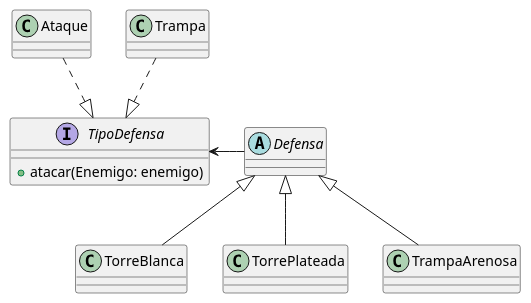
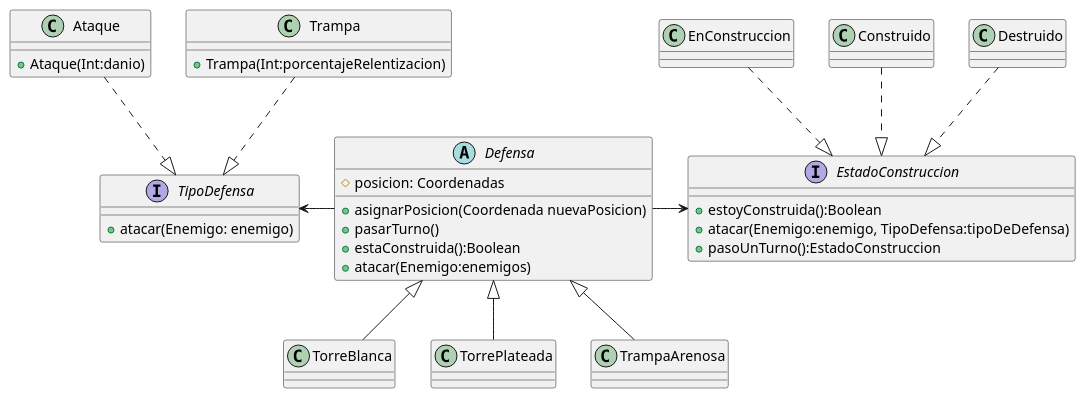
The diagram in diagrams/classes/DefensasV2.plantuml (mogartio/Algo3), drawn with PlantUML before and after one commit. The commit also changed 3 other files, not shown here.

```diff
--- a/diagrams/classes/DefensasV2.plantuml
+++ b/diagrams/classes/DefensasV2.plantuml
@@ -1,23 +1,46 @@
 @startuml
-abstract class Defensa{}
+abstract class Defensa{
+# posicion: Coordenadas
++ asignarPosicion(Coordenada nuevaPosicion)
++ pasarTurno()
++ estaConstruida():Boolean
++ atacar(Enemigo:enemigos)
+}
 
 class TorreBlanca{}
 class TorrePlateada{}
 class TrampaArenosa{}
 
 interface TipoDefensa{
 + atacar(Enemigo: enemigo)
 }
 
-class Ataque{}
-class Trampa{}
+class Ataque{
++ Ataque(Int:danio)
+}
+class Trampa{
++ Trampa(Int:porcentajeRelentizacion)
+}
+
+interface EstadoConstruccion{
++ estoyConstruida():Boolean
++ atacar(Enemigo:enemigo, TipoDefensa:tipoDeDefensa)
++ pasoUnTurno():EstadoConstruccion
+}
+class EnConstruccion{}
+class Construido{}
+class Destruido{}
 
 Defensa <|-- TorreBlanca
 Defensa <|-- TorrePlateada
 Defensa <|-- TrampaArenosa
 
 TipoDefensa <- Defensa
 Ataque ..|> TipoDefensa
 Trampa ..|> TipoDefensa
 
+Defensa -> EstadoConstruccion
+EnConstruccion ..|> EstadoConstruccion
+Construido ..|> EstadoConstruccion
+Destruido ..|> EstadoConstruccion
 @enduml
```
